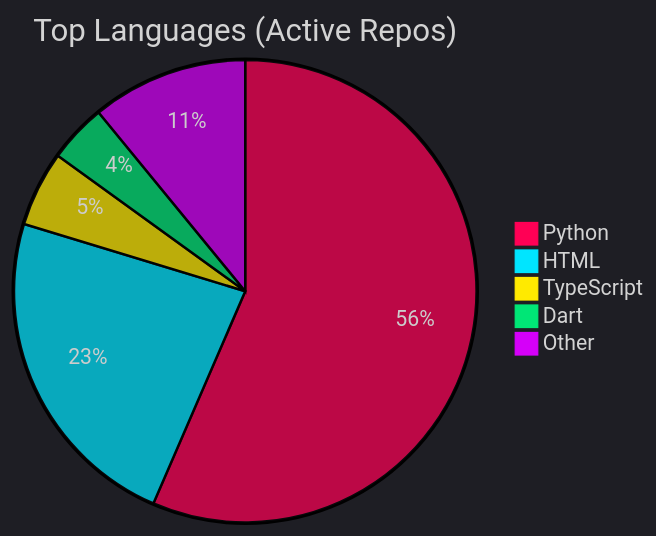
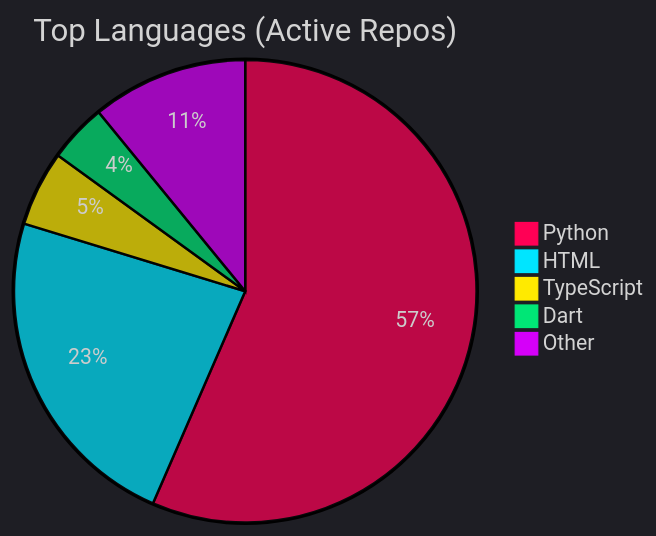
Before and after one commit to Nzettodess/Nzettodess: the diagram in README.md, drawn with Mermaid. The commit also changed other lines of this file, not shown here.

Commit message:
Update recent activity [skip ci]

````diff
--- a/README.md
+++ b/README.md
@@ -35,9 +35,9 @@
 ```mermaid
 %%{init: {'theme': 'dark', 'themeVariables': { 'pie1': '#FF0055', 'pie2': '#00E5FF', 'pie3': '#FFEA00', 'pie4': '#00E676', 'pie5': '#D500F9' }}}%%
 pie title Top Languages (Active Repos)
-    "Python" : 56.50
-    "HTML" : 23.20
+    "Python" : 56.53
+    "HTML" : 23.19
     "TypeScript" : 5.27
-    "Dart" : 4.10
-    "Other" : 10.93
+    "Dart" : 4.09
+    "Other" : 10.92
 ```
````
